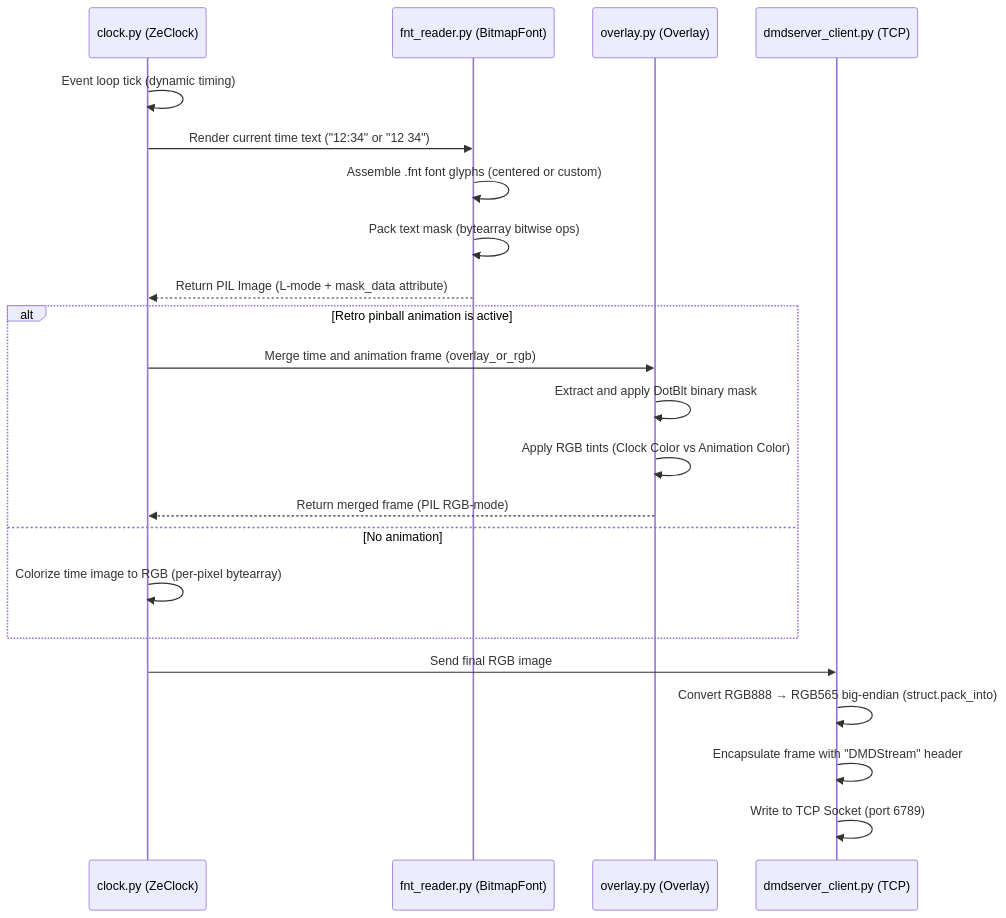
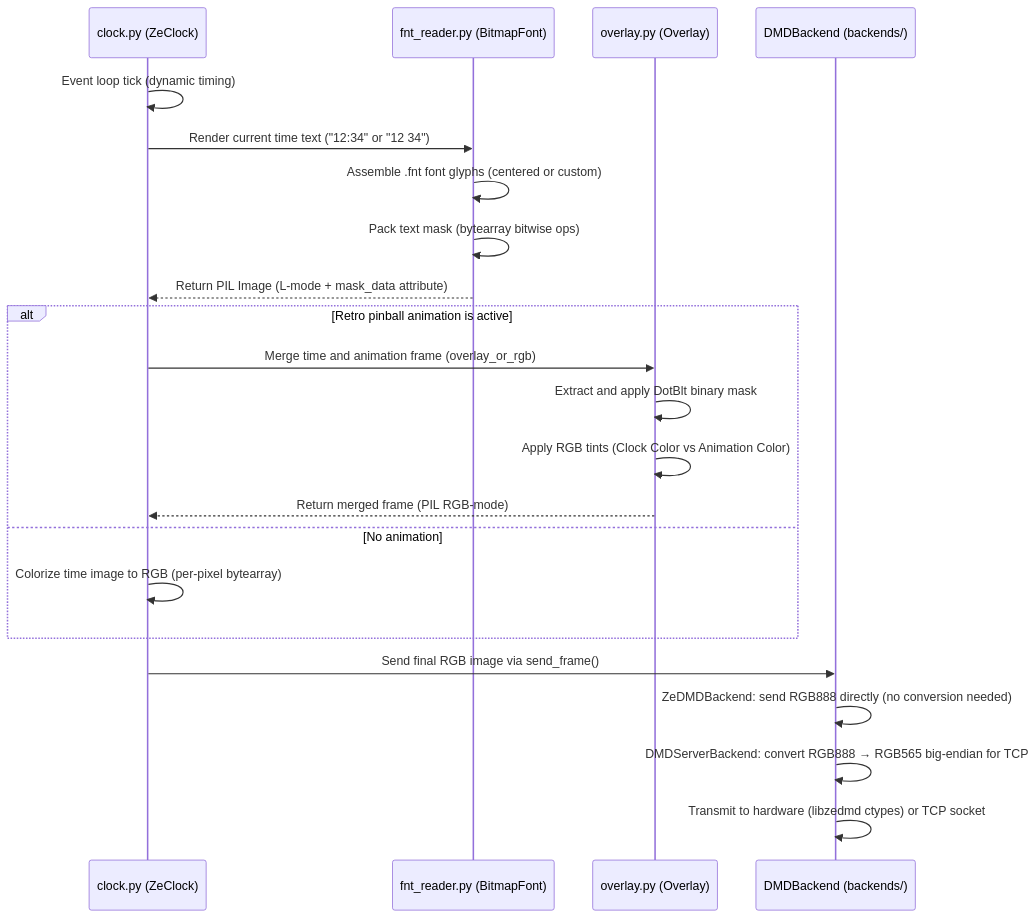
The second of 3 diagrams in docs/architecture.md (DMDTools/zeClock), drawn with Mermaid before and after one commit. The commit also changed other lines of this file and 31 other files, not shown here.

````diff
--- a/docs/architecture.md
+++ b/docs/architecture.md
@@ -145,27 +160,27 @@
 ```mermaid
 sequenceDiagram
     participant C as clock.py (ZeClock)
     participant F as fnt_reader.py (BitmapFont)
     participant O as overlay.py (Overlay)
-    participant S as dmdserver_client.py (TCP)
+    participant B as DMDBackend (backends/)
 
     C->>C: Event loop tick (dynamic timing)
     C->>F: Render current time text ("12:34" or "12 34")
     F->>F: Assemble .fnt font glyphs (centered or custom)
     F->>F: Pack text mask (bytearray bitwise ops)
     F-->>C: Return PIL Image (L-mode + mask_data attribute)
     
     alt Retro pinball animation is active
         C->>O: Merge time and animation frame (overlay_or_rgb)
         O->>O: Extract and apply DotBlt binary mask
         O->>O: Apply RGB tints (Clock Color vs Animation Color)
         O-->>C: Return merged frame (PIL RGB-mode)
     else No animation
         C->>C: Colorize time image to RGB (per-pixel bytearray)
     end
     
-    C->>S: Send final RGB image
-    S->>S: Convert RGB888 → RGB565 big-endian (struct.pack_into)
-    S->>S: Encapsulate frame with "DMDStream" header
-    S->>S: Write to TCP Socket (port 6789)
+    C->>B: Send final RGB image via send_frame()
+    B->>B: ZeDMDBackend: send RGB888 directly (no conversion needed)
+    B->>B: DMDServerBackend: convert RGB888 → RGB565 big-endian for TCP
+    B->>B: Transmit to hardware (libzedmd ctypes) or TCP socket
 ```
````
